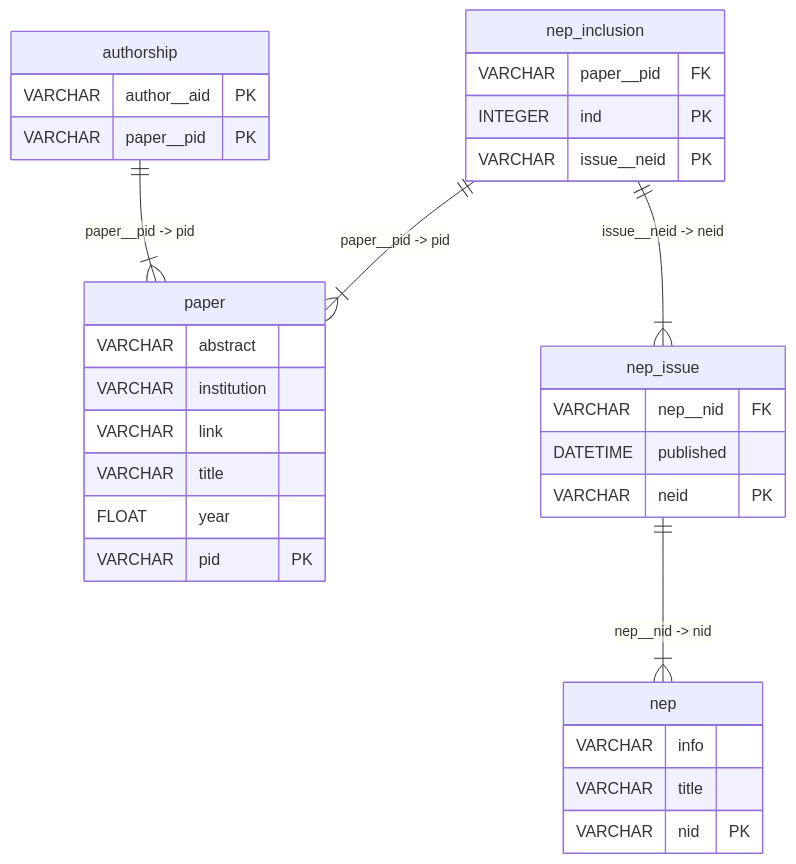
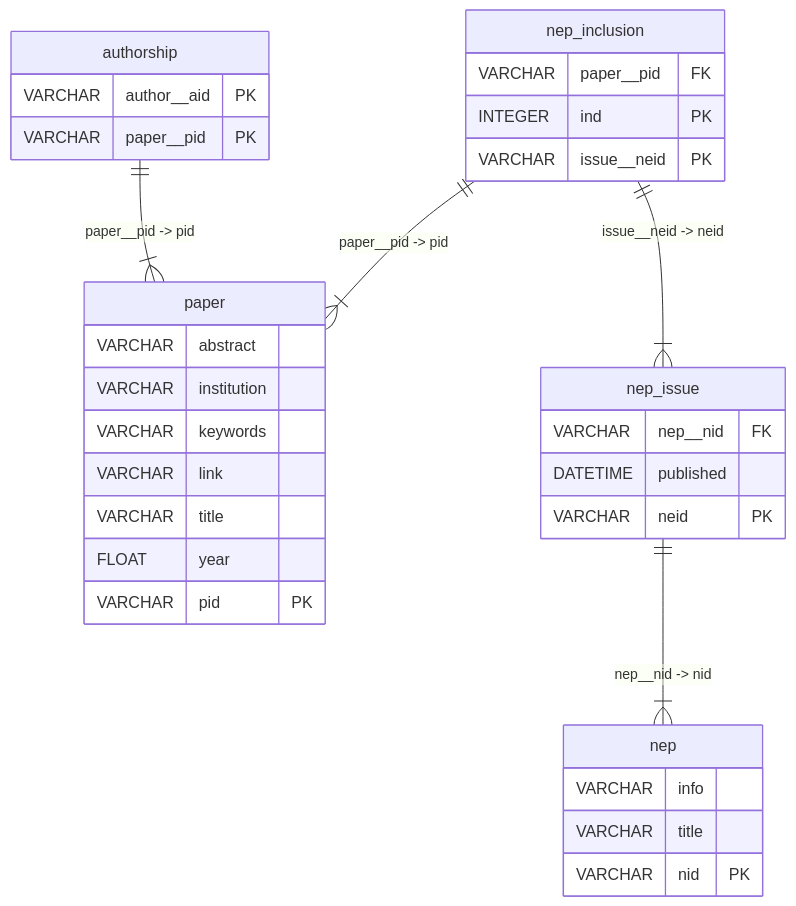
Before and after one commit to sscu-budapest/explorer: the diagram in _sources/dataset-pages/repec_via_nep.md, drawn with Mermaid. The commit also changed other lines of this file and 29 other files, not shown here.

````diff
--- a/_sources/dataset-pages/repec_via_nep.md
+++ b/_sources/dataset-pages/repec_via_nep.md
@@ -22,34 +22,35 @@
 ```{mermaid}
 erDiagram
   authorship {    
     VARCHAR author__aid PK     
     VARCHAR paper__pid PK 
   }
   paper {    
     VARCHAR abstract      
     VARCHAR institution      
+    VARCHAR keywords      
     VARCHAR link      
     VARCHAR title      
     FLOAT year      
     VARCHAR pid PK 
   }
   nep {    
     VARCHAR info      
     VARCHAR title      
     VARCHAR nid PK 
   }
   nep_inclusion {    
     VARCHAR paper__pid FK     
     INTEGER ind PK     
     VARCHAR issue__neid PK 
   }
   nep_issue {    
     VARCHAR nep__nid FK     
     DATETIME published      
     VARCHAR neid PK 
   }
   authorship ||--|{ paper : "paper__pid -> pid"
+  nep_inclusion ||--|{ paper : "paper__pid -> pid"
   nep_inclusion ||--|{ nep_issue : "issue__neid -> neid"
-  nep_inclusion ||--|{ paper : "paper__pid -> pid"
   nep_issue ||--|{ nep : "nep__nid -> nid"
 ```
````
